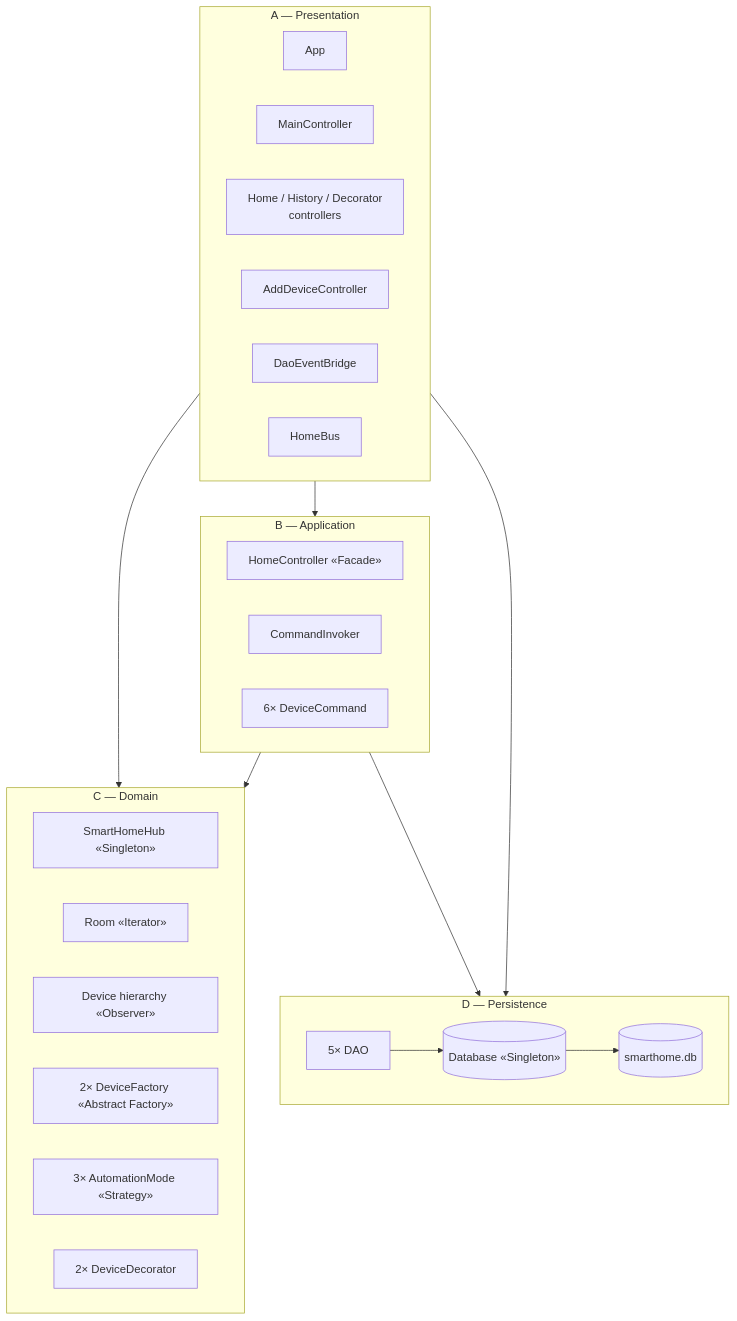
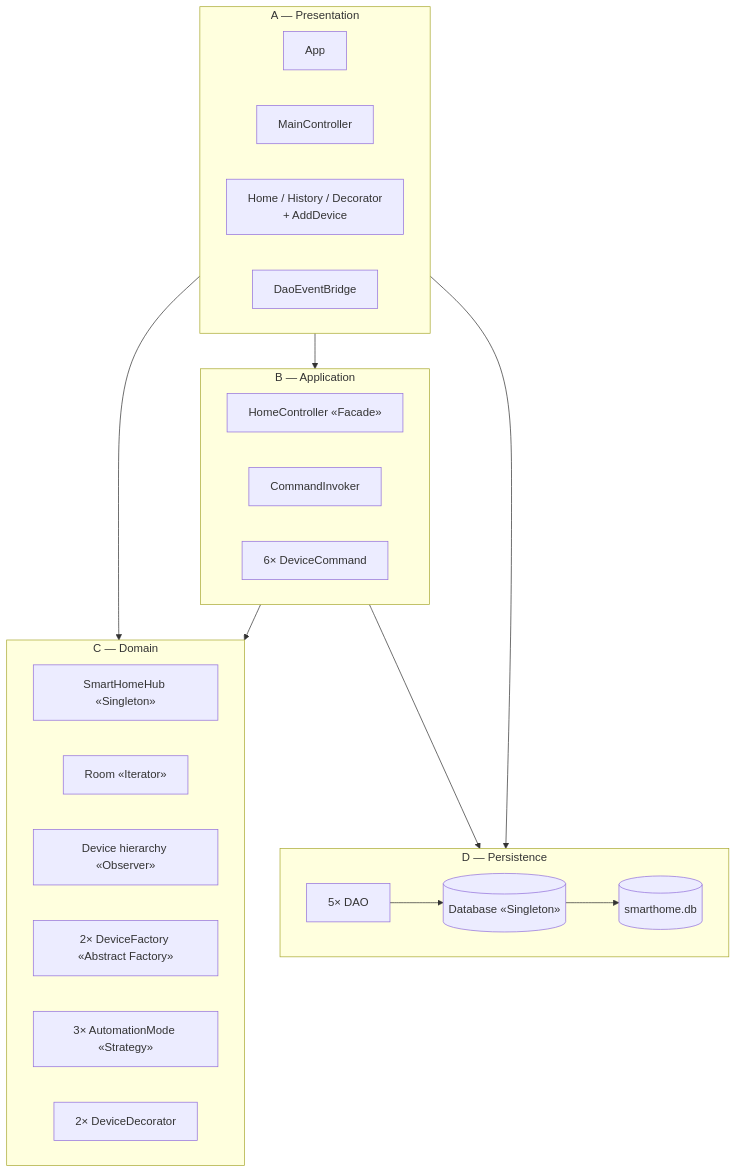
One commit to Abdullah3655/Smart-Home-Project changed the first of 10 diagrams in docs/class-diagram.md. Above: the diagram before and after it, drawn with Mermaid. The commit also changed other lines of this file, not shown here.

Commit message:
Class diagrams: cleaner per-layer views — drop boundary stubs, split Domain into 5 sub-diagrams

````diff
--- a/docs/class-diagram.md
+++ b/docs/class-diagram.md
@@ -36,40 +31,38 @@
 ```mermaid
 flowchart TB
     subgraph A [A — Presentation]
         App
         MainCtrl[MainController]
-        Screens[Home / History / Decorator<br/>controllers]
-        AddDev[AddDeviceController]
+        Screens[Home / History / Decorator<br/>+ AddDevice]
         Bridge[DaoEventBridge]
-        Bus[HomeBus]
     end
 
     subgraph B [B — Application]
         Facade[HomeController «Facade»]
         Invoker[CommandInvoker]
         Cmds[6× DeviceCommand]
     end
 
     subgraph C [C — Domain]
         Hub[SmartHomeHub «Singleton»]
         Rooms[Room «Iterator»]
         Devices[Device hierarchy «Observer»]
         Factories[2× DeviceFactory «Abstract Factory»]
         Modes[3× AutomationMode «Strategy»]
         Decorators[2× DeviceDecorator]
     end
 
     subgraph D [D — Persistence]
         DB[(Database «Singleton»)]
         DAOs[5× DAO]
         SQLite[(smarthome.db)]
     end
 
     A --> B
     B --> C
     A --> C
     A --> D
     B --> D
     DAOs --> DB
     DB --> SQLite
 ```
````
